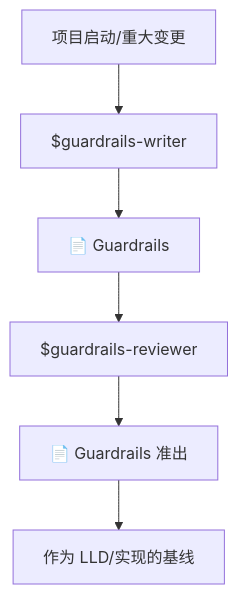
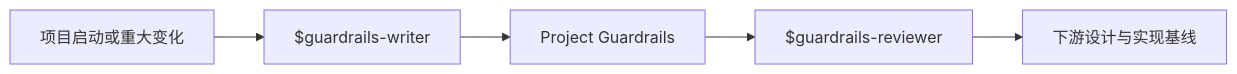
One commit to GainFactor/gainfactor-plugins changed the third of 4 diagrams in plugins/gainfactor-pm/README.md. Above: the diagram before and after it, drawn with Mermaid. The commit also changed other lines of this file and 81 other files, not shown here.

````diff
--- a/plugins/gainfactor-pm/README.md
+++ b/plugins/gainfactor-pm/README.md
@@ -107,8 +89,7 @@
 ```mermaid
-flowchart TD
-    A[项目启动/重大变更] --> B["$guardrails-writer"]
-    B --> C[📄 Guardrails]
+flowchart LR
+    A[项目启动或重大变化] --> B["$guardrails-writer"]
+    B --> C[Project Guardrails]
     C --> D["$guardrails-reviewer"]
-    D --> E[📄 Guardrails 准出]
-    E --> F[作为 LLD/实现的基线]
+    D --> E[下游设计与实现基线]
 ```
````
